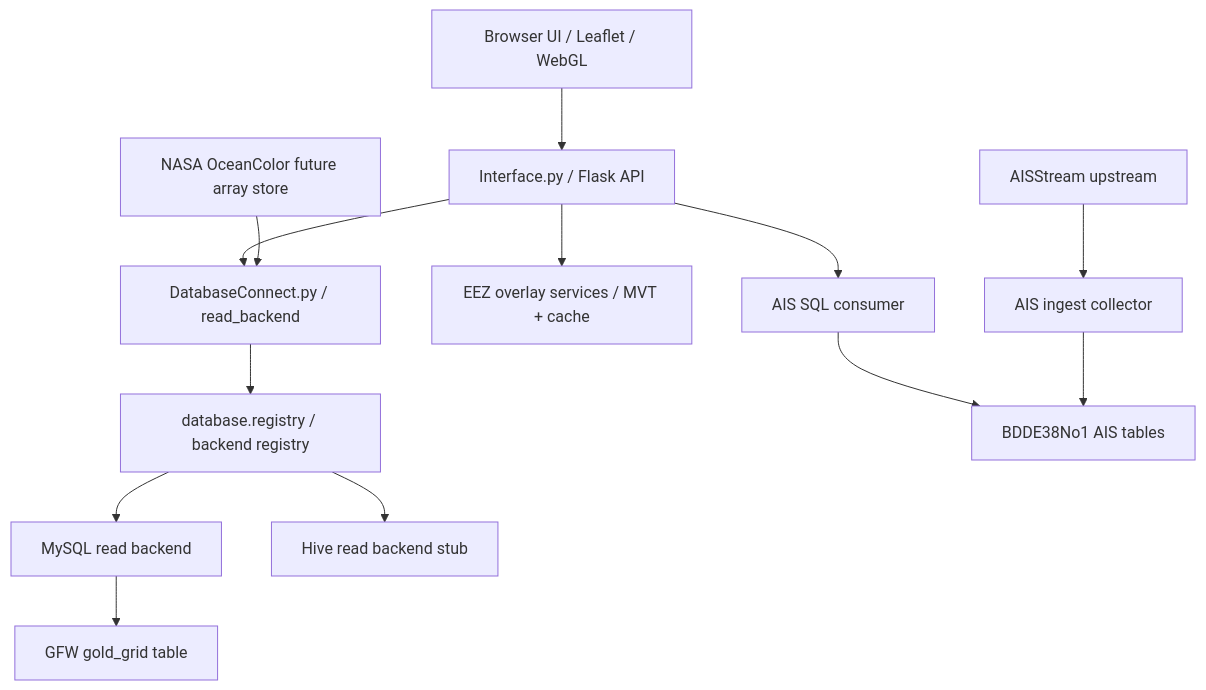
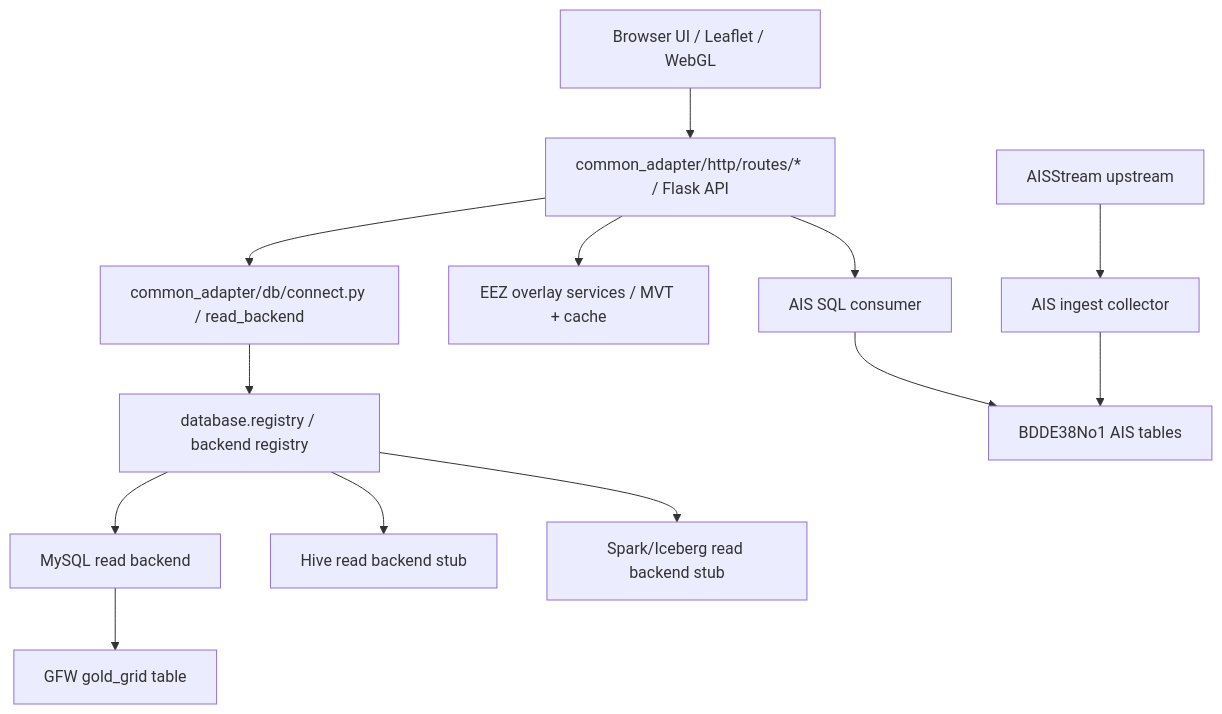
Before and after one commit to Kagamihara-Ruruka/gfw-flask-mysql-adapter: the first of 4 diagrams in README.md, drawn with Mermaid. The commit also changed other lines of this file and 178 other files, not shown here.

Commit message:
Refactor common adapter and improve playback

````diff
--- a/README.md
+++ b/README.md
@@ -51,29 +57,29 @@
 ```mermaid
 flowchart TD
   UI["Browser UI / Leaflet / WebGL"]
-  API["Interface.py / Flask API"]
-  READ["DatabaseConnect.py / read_backend"]
+  API["common_adapter/http/routes/* / Flask API"]
+  READ["common_adapter/db/connect.py / read_backend"]
   REG["database.registry / backend registry"]
   MYSQL["MySQL read backend"]
   HIVE["Hive read backend stub"]
+  SPARK["Spark/Iceberg read backend stub"]
   EEZ["EEZ overlay services / MVT + cache"]
   AISREAD["AIS SQL consumer"]
   AISCOLLECT["AIS ingest collector"]
   AISUP["AISStream upstream"]
   SQLAIS["BDDE38No1 AIS tables"]
   GFW["GFW gold_grid table"]
-  NASA["NASA OceanColor future array store"]
 
   UI --> API
   API --> READ
   READ --> REG
   REG --> MYSQL
   REG --> HIVE
+  REG --> SPARK
   MYSQL --> GFW
   API --> EEZ
   API --> AISREAD
   AISREAD --> SQLAIS
   AISUP --> AISCOLLECT
   AISCOLLECT --> SQLAIS
-  NASA --> READ
 ```
````
